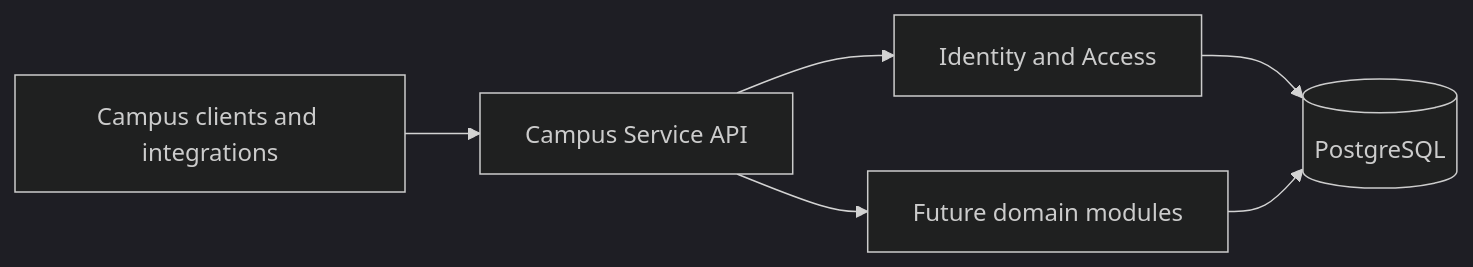
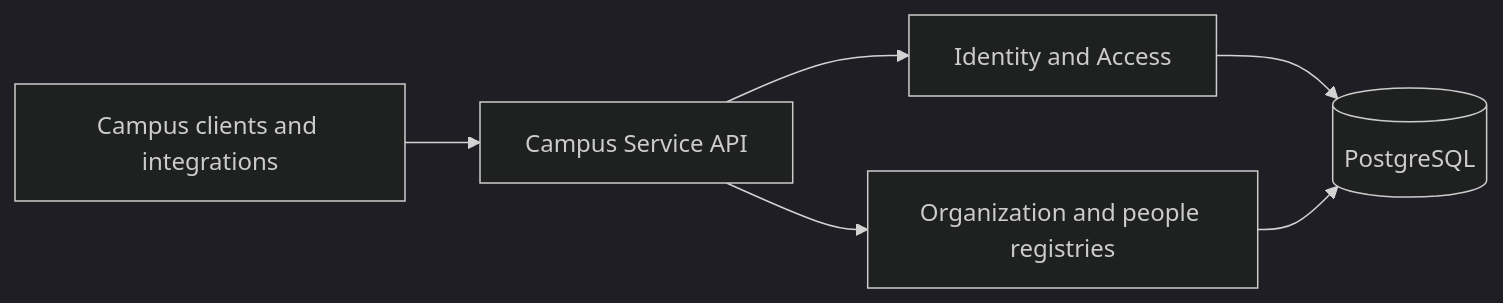
The first of 2 diagrams in docs/architecture.md (cdanh11/campus-service), drawn with Mermaid (dark theme) before and after one commit. The commit also changed other lines of this file and 1 other file, not shown here.

Commit message:
docs: record phase 2 registry verification

````diff
--- a/docs/architecture.md
+++ b/docs/architecture.md
@@ -13,8 +13,8 @@
 ```mermaid
 flowchart LR
     Client[Campus clients and integrations] --> API[Campus Service API]
     API --> IAM[Identity and Access]
-    API --> Future[Future domain modules]
+    API --> Registry[Organization and people registries]
     IAM --> DB[(PostgreSQL)]
-    Future --> DB
+    Registry --> DB
 ```
````
